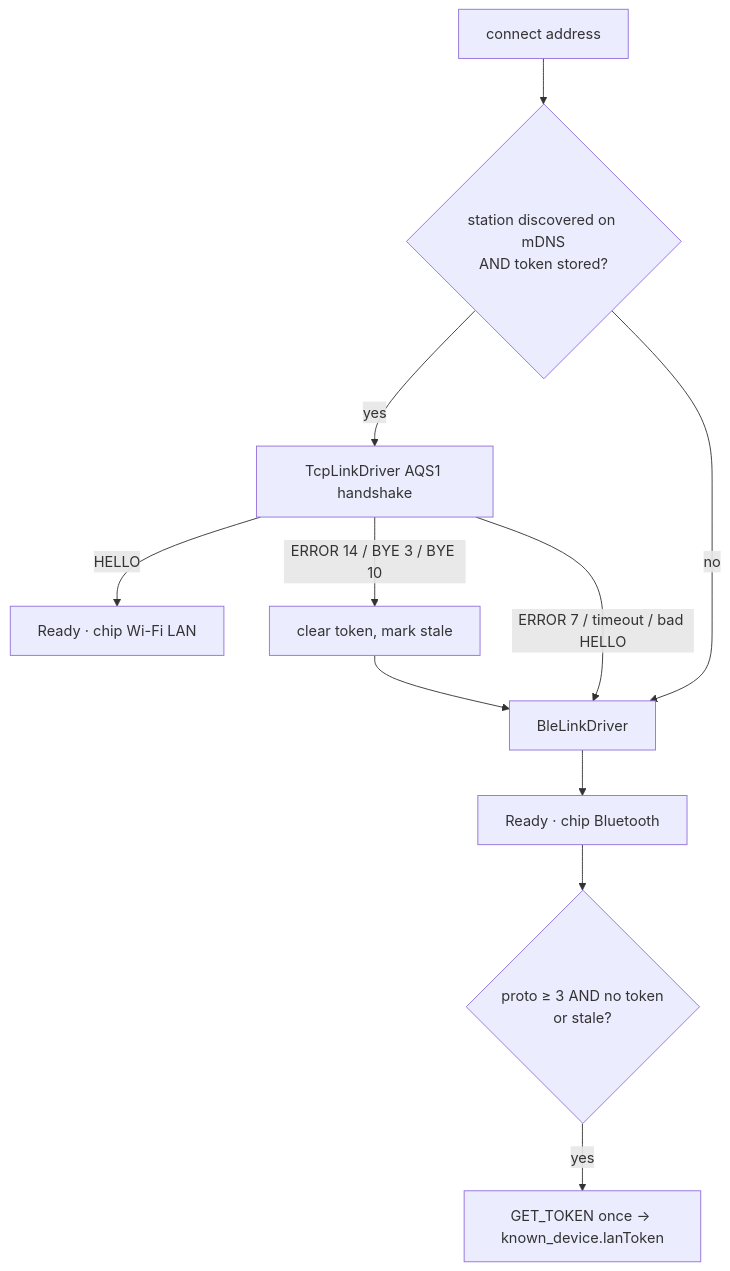
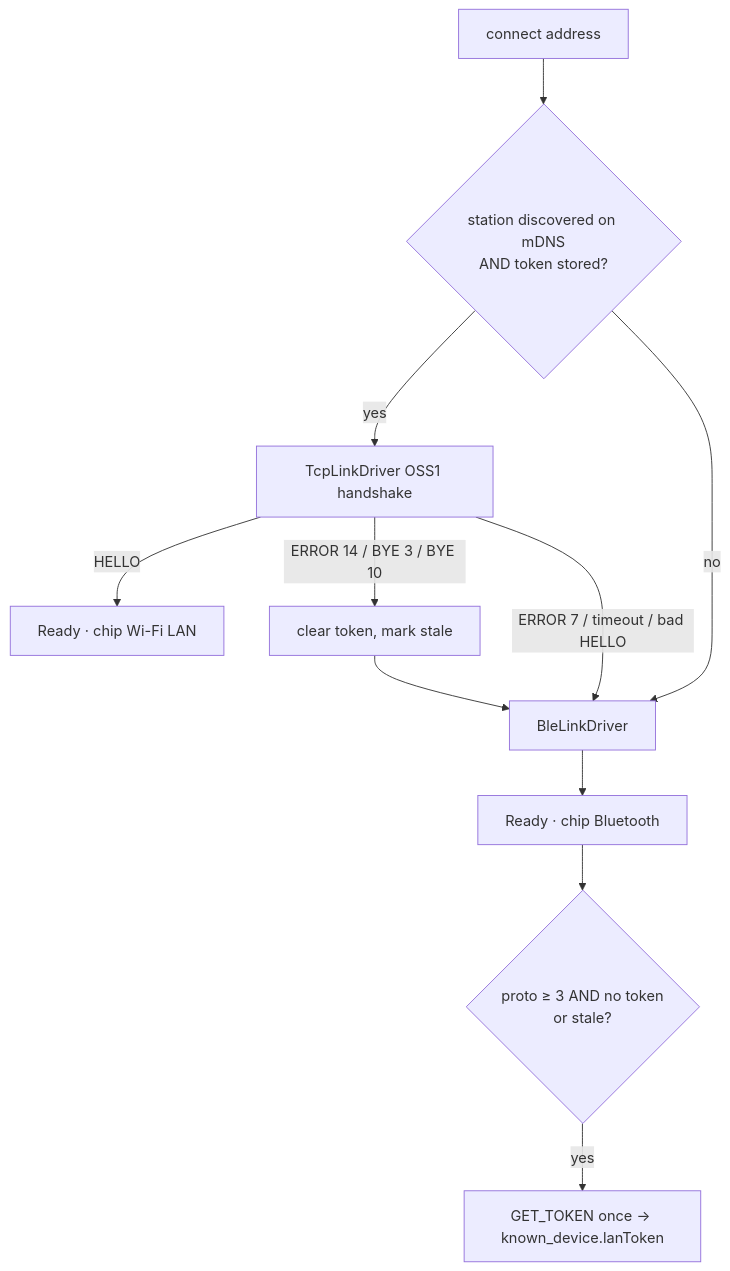
One commit to walkthru-earth/opensensor-space-mobile changed the first of 2 diagrams in docs/transports.md. Above: the diagram before and after it, drawn with Mermaid. The commit also changed other lines of this file and 38 other files, not shown here.

First line of the commit message:
Move the app to the OpenSensor GATT UUIDs, _ossync._tcp and OSS1 (#202)

````diff
--- a/docs/transports.md
+++ b/docs/transports.md
@@ -9,12 +9,12 @@
 ```mermaid
 flowchart TD
   C[connect address] --> Q{station discovered on mDNS<br/>AND token stored?}
-  Q -- yes --> L[TcpLinkDriver AQS1 handshake]
+  Q -- yes --> L[TcpLinkDriver OSS1 handshake]
   L -- HELLO --> R[Ready · chip Wi-Fi LAN]
   L -- ERROR 14 / BYE 3 / BYE 10 --> X[clear token, mark stale] --> B
   L -- ERROR 7 / timeout / bad HELLO --> B[BleLinkDriver]
   Q -- no --> B
   B --> R2[Ready · chip Bluetooth]
   R2 --> T{proto ≥ 3 AND no token<br/>or stale?}
   T -- yes --> G[GET_TOKEN once → known_device.lanToken]
 ```
````
